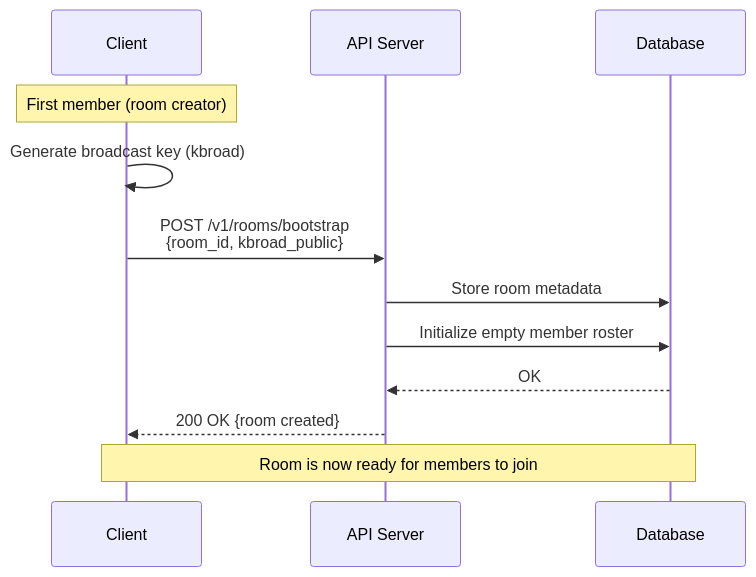
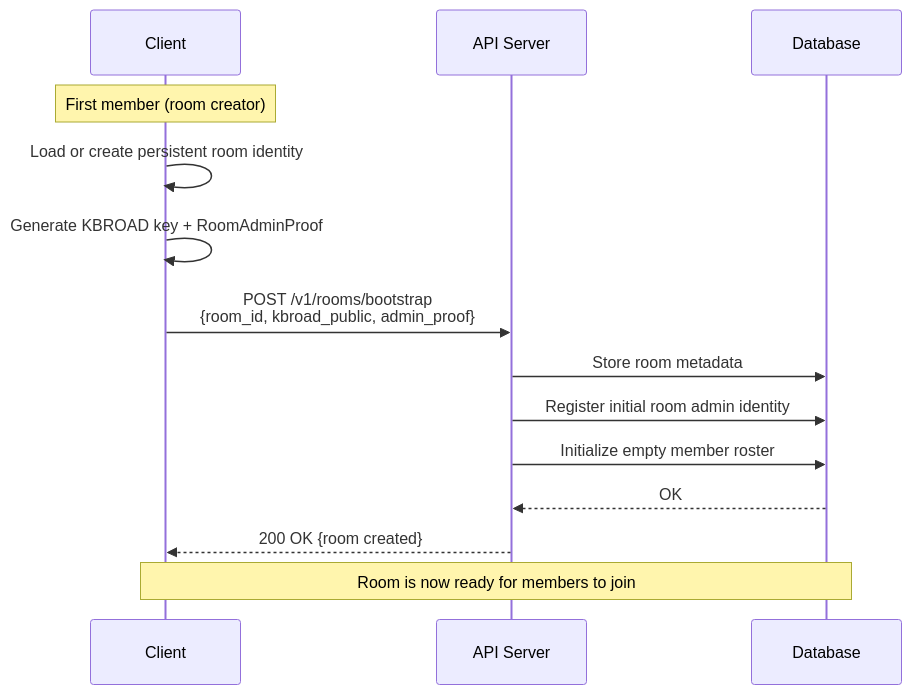
Before and after one commit to pwnsdx/cityg: the first of 11 diagrams in docs/workflows.md, drawn with Mermaid. The commit also changed other lines of this file and 5 other files, not shown here.

Commit message:
update docs for room admin proofs and automatic kbroad maintenance

````diff
--- a/docs/workflows.md
+++ b/docs/workflows.md
@@ -28,17 +28,19 @@
 ```mermaid
 sequenceDiagram
     participant Client
     participant API Server
     participant Database
 
     Note over Client: First member (room creator)
 
-    Client->>Client: Generate broadcast key (kbroad)
-    Client->>API Server: POST /v1/rooms/bootstrap<br/>{room_id, kbroad_public}
+    Client->>Client: Load or create persistent room identity
+    Client->>Client: Generate KBROAD key + RoomAdminProof
+    Client->>API Server: POST /v1/rooms/bootstrap<br/>{room_id, kbroad_public, admin_proof}
     API Server->>Database: Store room metadata
+    API Server->>Database: Register initial room admin identity
     API Server->>Database: Initialize empty member roster
     Database-->>API Server: OK
     API Server-->>Client: 200 OK {room created}
 
     Note over Client,Database: Room is now ready for members to join
 ```
````
